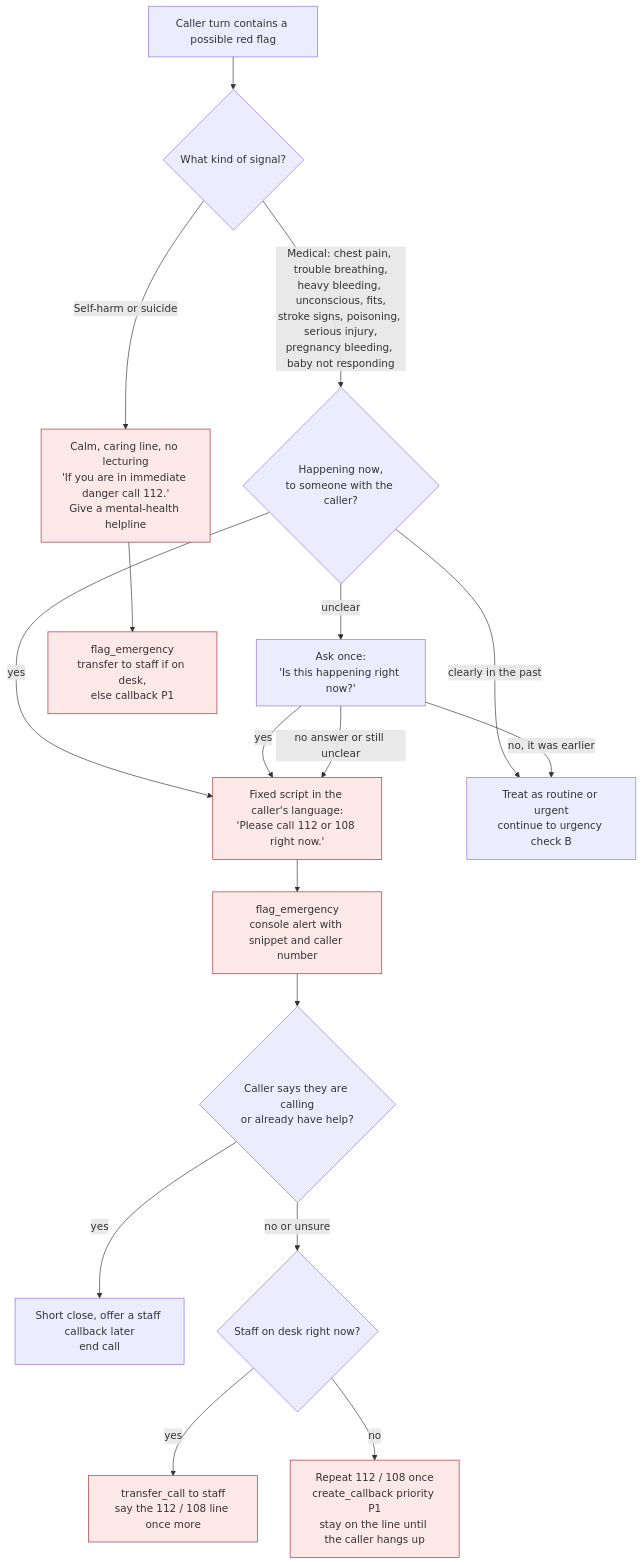
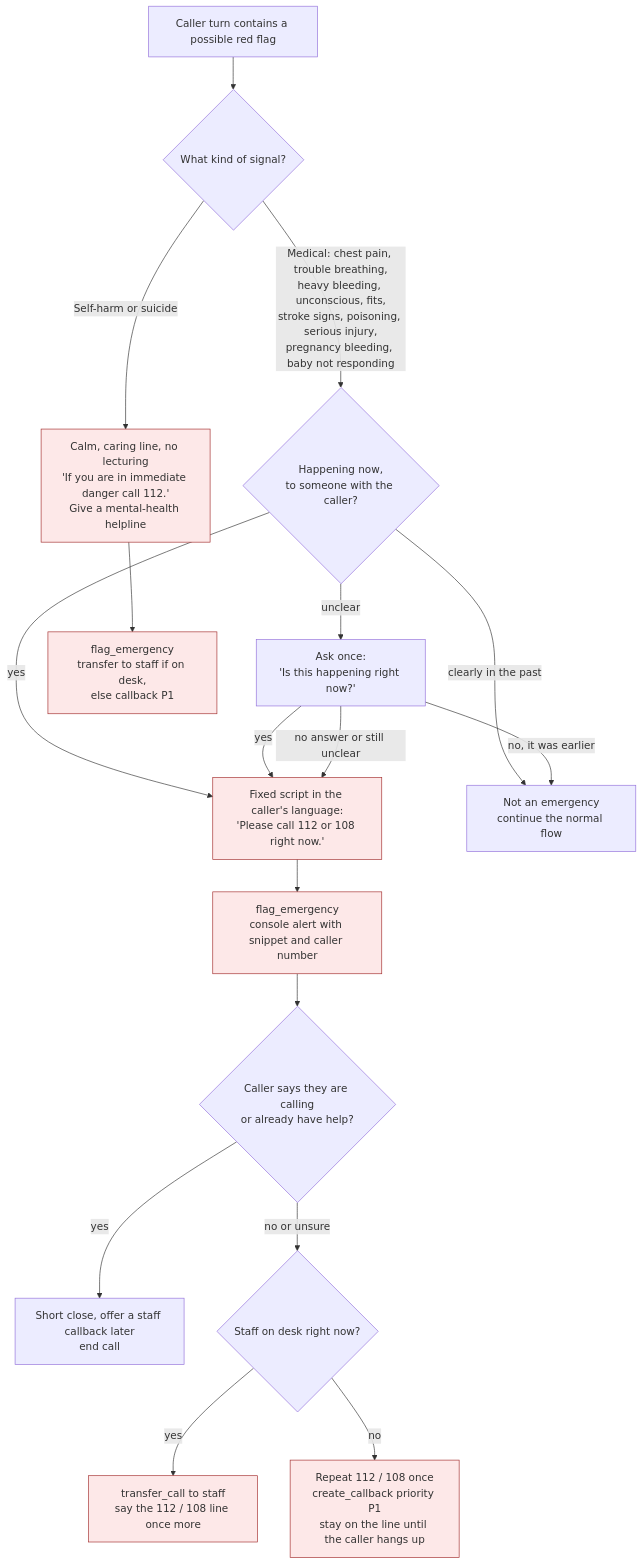
The first of 3 diagrams in docs/flows/01-safety-and-urgency.md (Anupamgt/tts-agent-1), drawn with Mermaid before and after one commit. The commit also changed other lines of this file and 15 other files, not shown here.

First line of the commit message:
Apply decisions 1, 3, 6, 7, 12, 13 to flows, schema and alignment

````diff
--- a/docs/flows/01-safety-and-urgency.md
+++ b/docs/flows/01-safety-and-urgency.md
@@ -11,28 +16,28 @@
 ```mermaid
 flowchart TD
     A["Caller turn contains a possible red flag"] --> B{"What kind of signal?"}
 
     B -->|"Medical: chest pain, trouble breathing,<br/>heavy bleeding, unconscious, fits,<br/>stroke signs, poisoning, serious injury,<br/>pregnancy bleeding, baby not responding"| C{"Happening now,<br/>to someone with the caller?"}
     B -->|"Self-harm or suicide"| SH
 
     C -->|"yes"| E1
-    C -->|"clearly in the past"| P["Treat as routine or urgent<br/>continue to urgency check B"]
+    C -->|"clearly in the past"| P["Not an emergency<br/>continue the normal flow"]
     C -->|"unclear"| C2["Ask once:<br/>'Is this happening right now?'"]
     C2 -->|"yes"| E1
     C2 -->|"no, it was earlier"| P
     C2 -->|"no answer or still unclear"| E1
 
     E1["Fixed script in the caller's language:<br/>'Please call 112 or 108 right now.'"]
     E1 --> E2["flag_emergency<br/>console alert with snippet and caller number"]
     E2 --> E3{"Caller says they are calling<br/>or already have help?"}
     E3 -->|"yes"| E4["Short close, offer a staff callback later<br/>end call"]
     E3 -->|"no or unsure"| E5{"Staff on desk right now?"}
     E5 -->|"yes"| E6["transfer_call to staff<br/>say the 112 / 108 line once more"]
     E5 -->|"no"| E7["Repeat 112 / 108 once<br/>create_callback priority P1<br/>stay on the line until the caller hangs up"]
 
     SH["Calm, caring line, no lecturing<br/>'If you are in immediate danger call 112.'<br/>Give a mental-health helpline"]
     SH --> SH2["flag_emergency<br/>transfer to staff if on desk,<br/>else callback P1"]
 
     classDef safety fill:#fde8e8,stroke:#a32d2d;
     class E1,E2,E6,E7,SH,SH2 safety;
 ```
````
